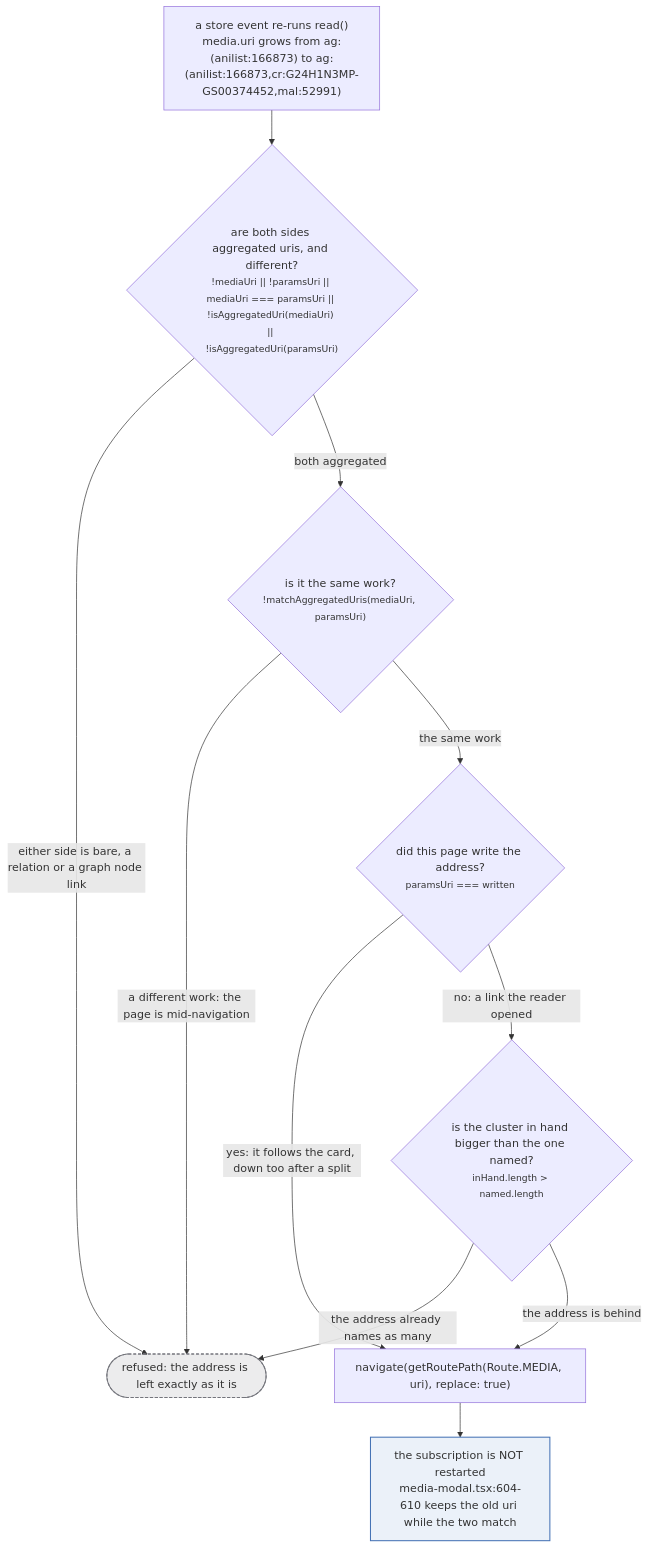
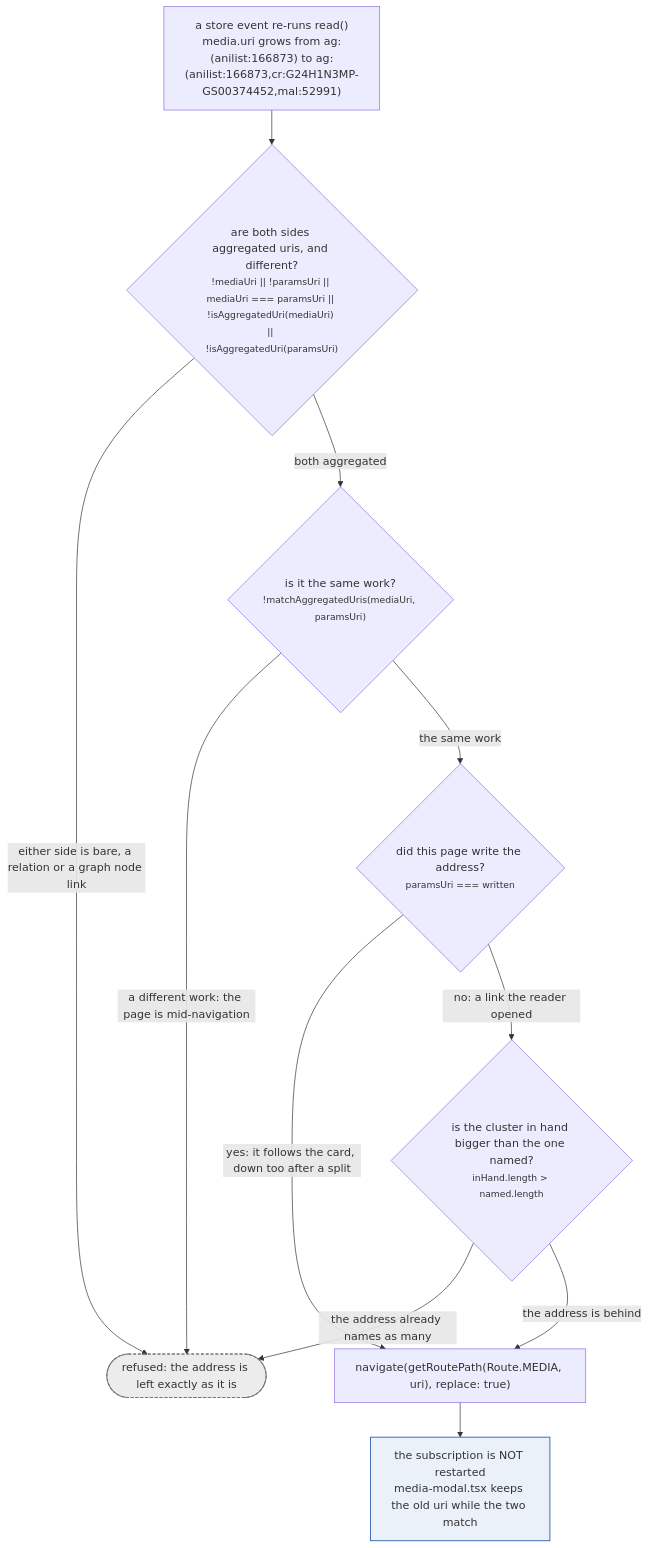
Before and after one commit to banou26/stub: the fourth of 4 diagrams in docs/src/content/docs/request/page-to-worker.md, drawn with Mermaid. The commit also changed other lines of this file and 67 other files, not shown here.

````diff
--- a/docs/src/content/docs/request/page-to-worker.md
+++ b/docs/src/content/docs/request/page-to-worker.md
@@ -282,27 +282,27 @@
 ```mermaid
 flowchart TD
   A["a store event re-runs read()<br/>media.uri grows from ag:(anilist:166873) to ag:(anilist:166873,cr:G24H1N3MP-GS00374452,mal:52991)"]
   B{"are both sides aggregated uris, and different?<br/><small>!mediaUri || !paramsUri || mediaUri === paramsUri || !isAggregatedUri(mediaUri) || !isAggregatedUri(paramsUri)</small>"}
   C{"is it the same work?<br/><small>!matchAggregatedUris(mediaUri, paramsUri)</small>"}
   W{"did this page write the address?<br/><small>paramsUri === written</small>"}
   D{"is the cluster in hand bigger than the one named?<br/><small>inHand.length &gt; named.length</small>"}
   E["navigate(getRoutePath(Route.MEDIA, uri), replace: true)"]
   F(["refused: the address is left exactly as it is"])
-  G["the subscription is NOT restarted<br/>media-modal.tsx:604-610 keeps the old uri while the two match"]
+  G["the subscription is NOT restarted<br/>media-modal.tsx keeps the old uri while the two match"]
   A --> B
   B -->|"either side is bare, a relation or a graph node link"| F
   B -->|"both aggregated"| C
   C -->|"a different work: the page is mid-navigation"| F
   C -->|"the same work"| W
   W -->|"yes: it follows the card, down too after a split"| E
   W -->|"no: a link the reader opened"| D
   D -->|"the address already names as many"| F
   D -->|"the address is behind"| E
   E --> G
   classDef irrev fill:#e0796f22,stroke:#c9564a,stroke-width:1.5px
   classDef ratchet fill:#f2b45c22,stroke:#b8801f,stroke-width:1.5px
   classDef view fill:#6b95cd22,stroke:#4572b5,stroke-width:1.5px
   classDef refuse fill:#74757c22,stroke:#74757c,stroke-width:1.5px,stroke-dasharray:4 3
   class F refuse
   class G view
 ```
````
